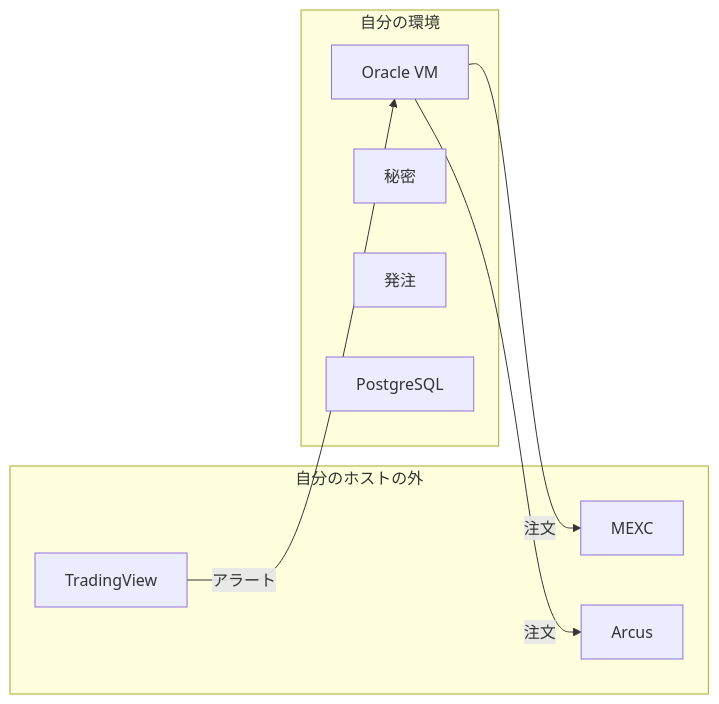
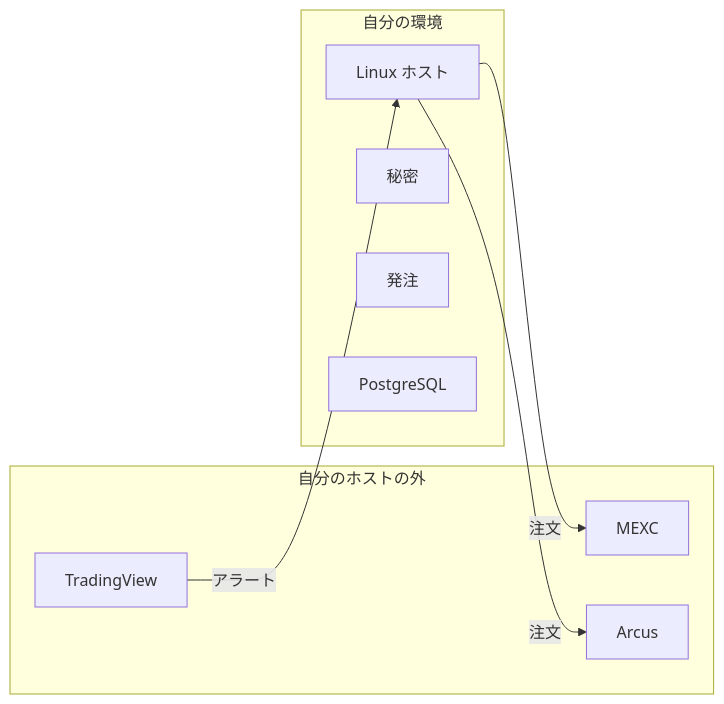
Before and after one commit to SignalNexus/signal-nexus: the fourth of 5 diagrams in docs/architecture/ARCHITECTURE_JA.md, drawn with Mermaid. The commit also changed other lines of this file and 29 other files, not shown here.

````diff
--- a/docs/architecture/ARCHITECTURE_JA.md
+++ b/docs/architecture/ARCHITECTURE_JA.md
@@ -74,17 +74,17 @@
 ```mermaid
 graph LR
   subgraph Public["自分のホストの外"]
     TradingView
     MEXC
     Arcus
   end
   subgraph Private["自分の環境"]
-    OracleVM["Oracle VM"]
+    OracleVM["Linux ホスト"]
     Secrets["秘密"]
     Engine["発注"]
     Database["PostgreSQL"]
   end
   TradingView -->|アラート| OracleVM
   OracleVM -->|注文| MEXC
   OracleVM -->|注文| Arcus
 ```
````
